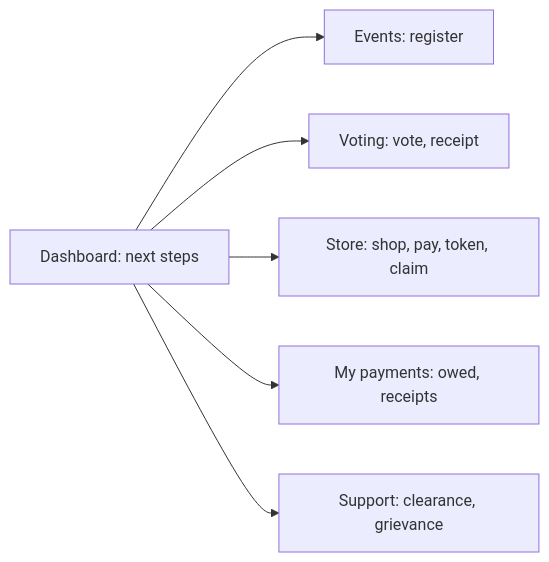
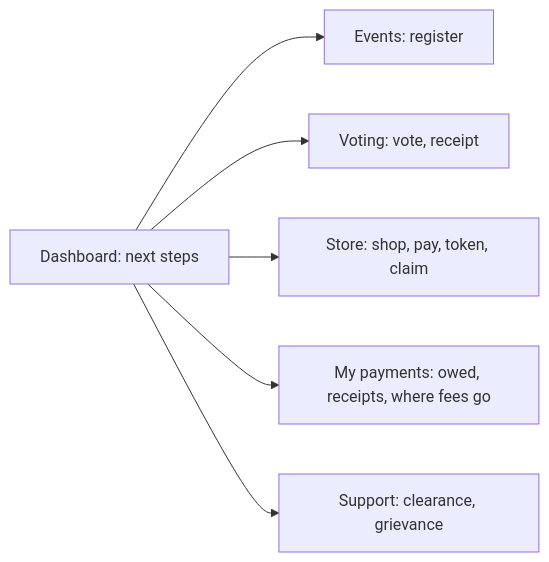
One commit to prodoc-zen/Hiusa-FULL changed the fifth of 8 diagrams in docs/UX_FLOW.md. Above: the diagram before and after it, drawn with Mermaid. The commit also changed other lines of this file and 13 other files, not shown here.

````diff
--- a/docs/UX_FLOW.md
+++ b/docs/UX_FLOW.md
@@ -206,8 +206,8 @@
 ```mermaid
 flowchart LR
   ST1[Dashboard: next steps] --> ST2[Events: register]
   ST1 --> ST3[Voting: vote, receipt]
   ST1 --> ST4[Store: shop, pay, token, claim]
-  ST1 --> ST5[My payments: owed, receipts]
+  ST1 --> ST5[My payments: owed, receipts, where fees go]
   ST1 --> ST6[Support: clearance, grievance]
 ```
````
